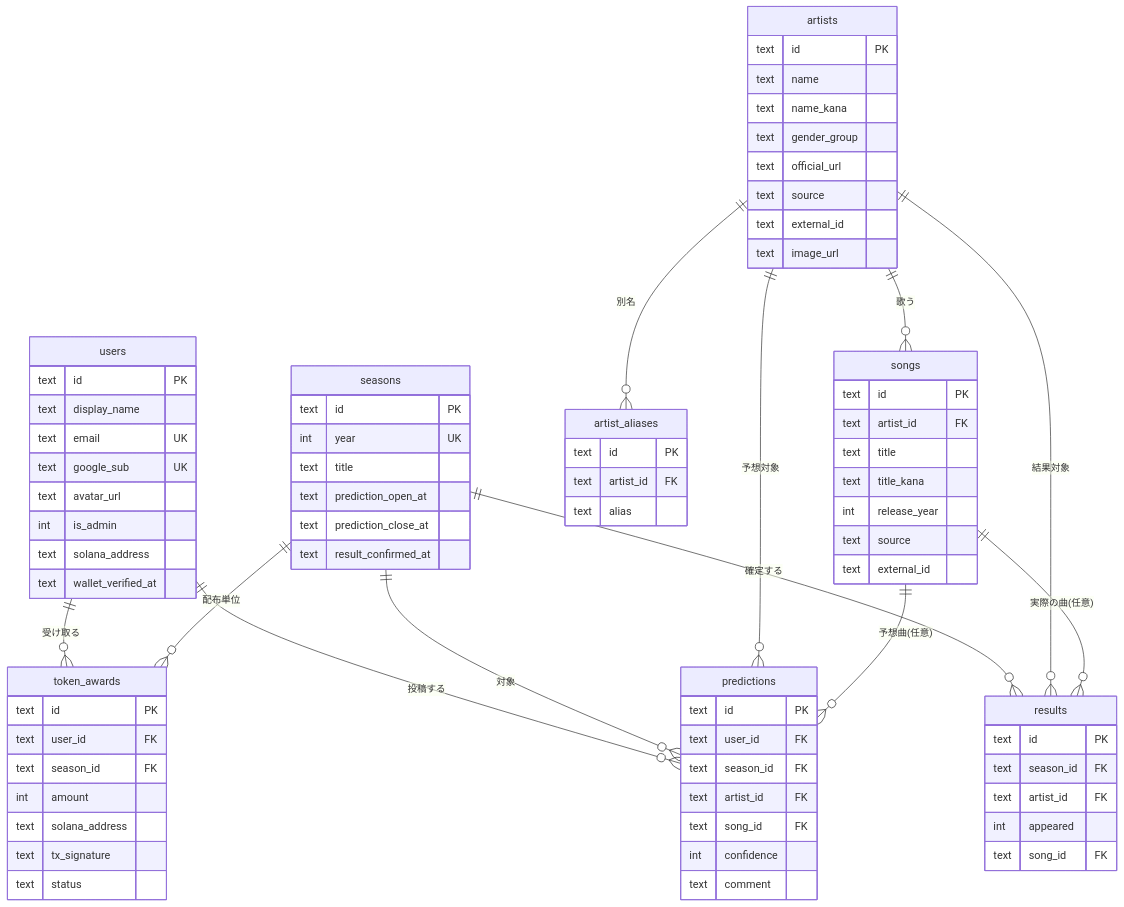
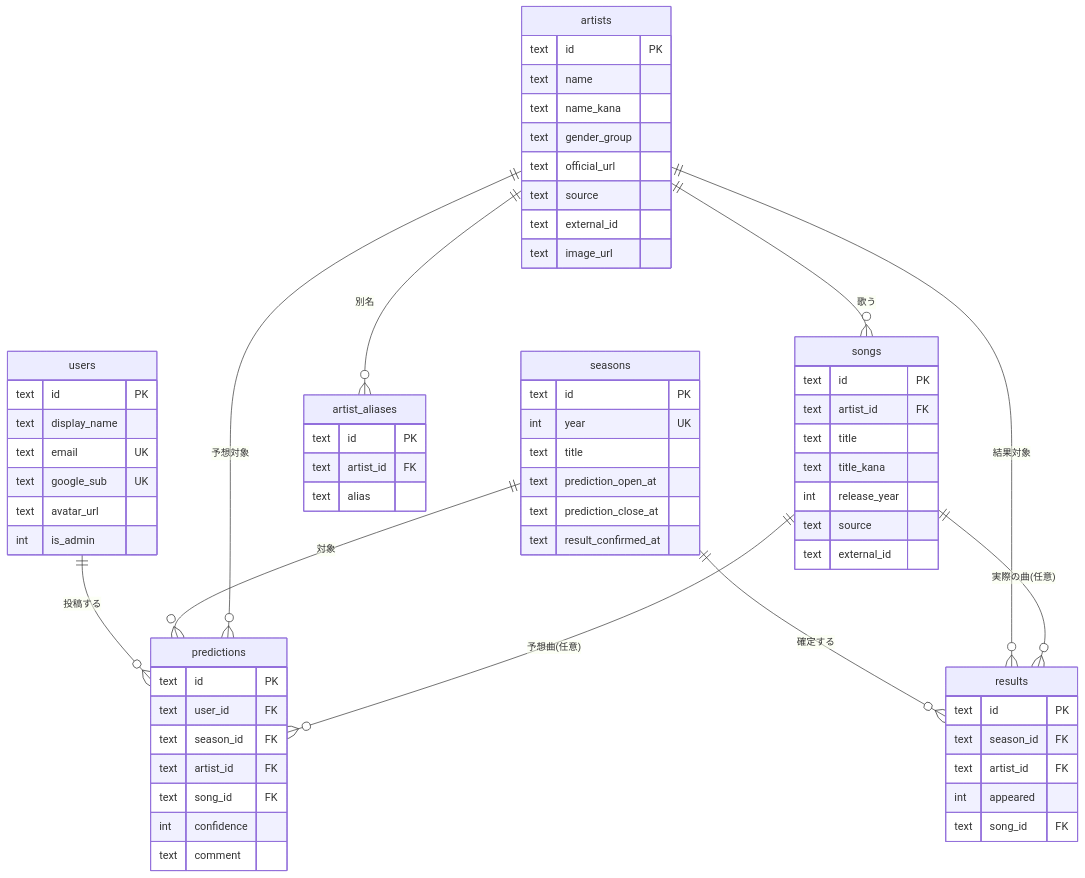
One commit to haruocode/kohaku-forcast changed the diagram in docs/DBテーブル定義書.md. Above: the diagram before and after it, drawn with Mermaid. The commit also changed other lines of this file and 54 other files, not shown here.

````diff
--- a/docs/DBテーブル定義書.md
+++ b/docs/DBテーブル定義書.md
@@ -18,82 +18,69 @@
 ```mermaid
 erDiagram
     users ||--o{ predictions : "投稿する"
-    users ||--o{ token_awards : "受け取る"
     seasons ||--o{ predictions : "対象"
     seasons ||--o{ results : "確定する"
-    seasons ||--o{ token_awards : "配布単位"
     artists ||--o{ artist_aliases : "別名"
     artists ||--o{ songs : "歌う"
     artists ||--o{ predictions : "予想対象"
     artists ||--o{ results : "結果対象"
     songs ||--o{ predictions : "予想曲(任意)"
     songs ||--o{ results : "実際の曲(任意)"
 
     users {
         text id PK
         text display_name
         text email UK
         text google_sub UK
         text avatar_url
         int  is_admin
-        text solana_address
-        text wallet_verified_at
     }
     artists {
         text id PK
         text name
         text name_kana
         text gender_group
         text official_url
         text source
         text external_id
         text image_url
     }
     artist_aliases {
         text id PK
         text artist_id FK
         text alias
     }
     songs {
         text id PK
         text artist_id FK
         text title
         text title_kana
         int  release_year
         text source
         text external_id
     }
     seasons {
         text id PK
         int  year UK
         text title
         text prediction_open_at
         text prediction_close_at
         text result_confirmed_at
     }
     predictions {
         text id PK
         text user_id FK
         text season_id FK
         text artist_id FK
         text song_id FK
         int  confidence
         text comment
     }
     results {
         text id PK
         text season_id FK
         text artist_id FK
         int  appeared
         text song_id FK
     }
-    token_awards {
-        text id PK
-        text user_id FK
-        text season_id FK
-        int  amount
-        text solana_address
-        text tx_signature
-        text status
-    }
 ```
````
